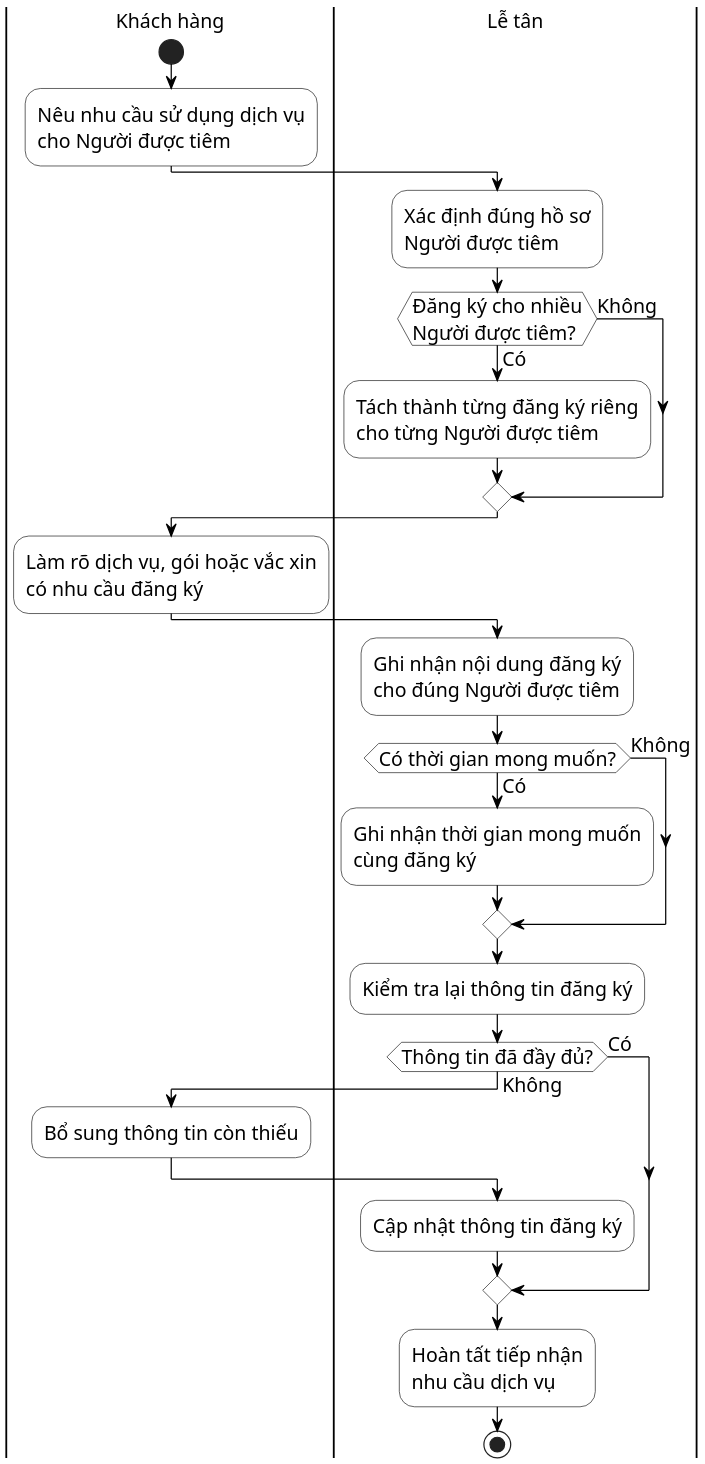
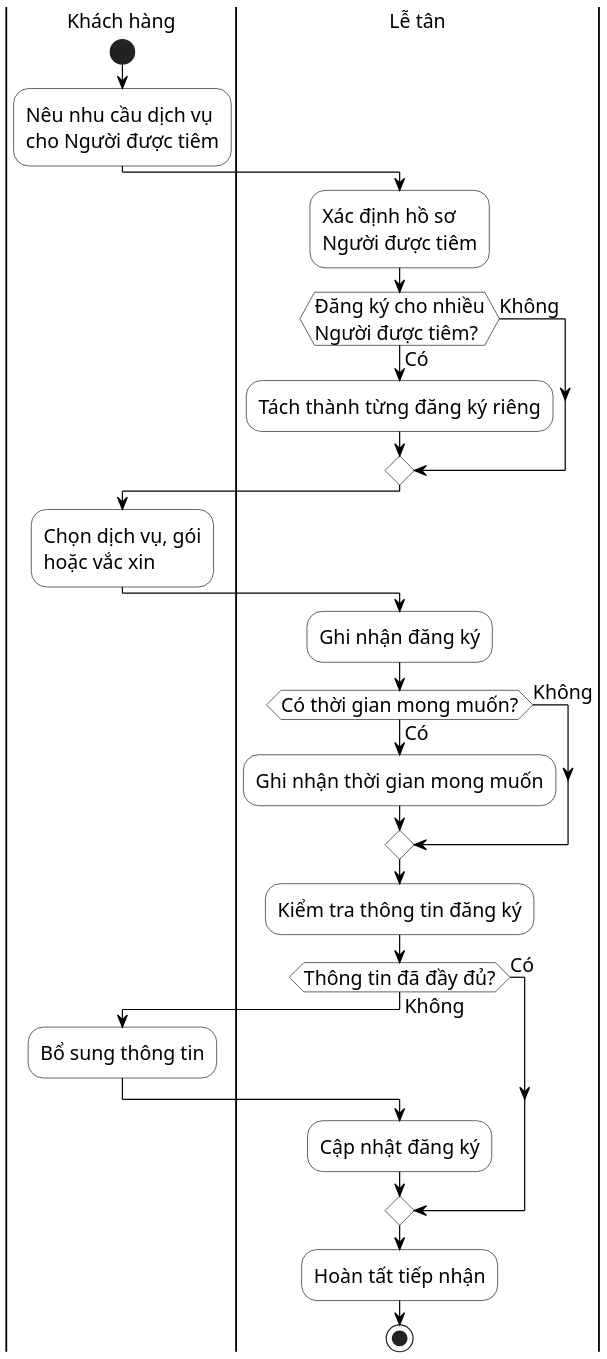
Before and after one commit to datngo1203/KLCN-QuanLyTiemChung: the diagram in docs/thesis/uml/Hinh_2_4_Activity_Dang_Ky_Dich_Vu.puml, drawn with PlantUML. The commit also changed 6 other files, not shown here.

Commit message:
docs: compact business activity flow wording

```diff
--- a/docs/thesis/uml/Hinh_2_4_Activity_Dang_Ky_Dich_Vu.puml
+++ b/docs/thesis/uml/Hinh_2_4_Activity_Dang_Ky_Dich_Vu.puml
@@ -1,47 +1,49 @@
 @startuml
-' HUIT UML Visual Profile v1 - compact-fixed layout
+' HUIT UML Visual Profile v1 - compact data-aware layout
 skinparam monochrome true
 skinparam shadowing false
 skinparam backgroundColor white
 skinparam defaultFontName "Times New Roman"
 skinparam defaultFontSize 16
 skinparam ArrowColor black
 skinparam ActivityBorderColor black
 skinparam ActivityBackgroundColor white
 skinparam PartitionBorderColor black
 skinparam PartitionBackgroundColor white
+skinparam nodesep 20
+skinparam ranksep 24
 skinparam dpi 180
 
 |Khách hàng|
 start
-:Nêu nhu cầu sử dụng dịch vụ\ncho Người được tiêm;
+:Nêu nhu cầu dịch vụ\ncho Người được tiêm;
 
 |Lễ tân|
-:Xác định đúng hồ sơ\nNgười được tiêm;
+:Xác định hồ sơ\nNgười được tiêm;
 if (Đăng ký cho nhiều\nNgười được tiêm?) then (Có)
-  :Tách thành từng đăng ký riêng\ncho từng Người được tiêm;
+  :Tách thành từng đăng ký riêng;
 else (Không)
 endif
 
 |Khách hàng|
-:Làm rõ dịch vụ, gói hoặc vắc xin\ncó nhu cầu đăng ký;
+:Chọn dịch vụ, gói\nhoặc vắc xin;
 
 |Lễ tân|
-:Ghi nhận nội dung đăng ký\ncho đúng Người được tiêm;
+:Ghi nhận đăng ký;
 if (Có thời gian mong muốn?) then (Có)
-  :Ghi nhận thời gian mong muốn\ncùng đăng ký;
+  :Ghi nhận thời gian mong muốn;
 else (Không)
 endif
 
-:Kiểm tra lại thông tin đăng ký;
+:Kiểm tra thông tin đăng ký;
 if (Thông tin đã đầy đủ?) then (Có)
 else (Không)
   |Khách hàng|
-  :Bổ sung thông tin còn thiếu;
+  :Bổ sung thông tin;
   |Lễ tân|
-  :Cập nhật thông tin đăng ký;
+  :Cập nhật đăng ký;
 endif
 
-:Hoàn tất tiếp nhận\nnhu cầu dịch vụ;
+:Hoàn tất tiếp nhận;
 stop
 @enduml
```
